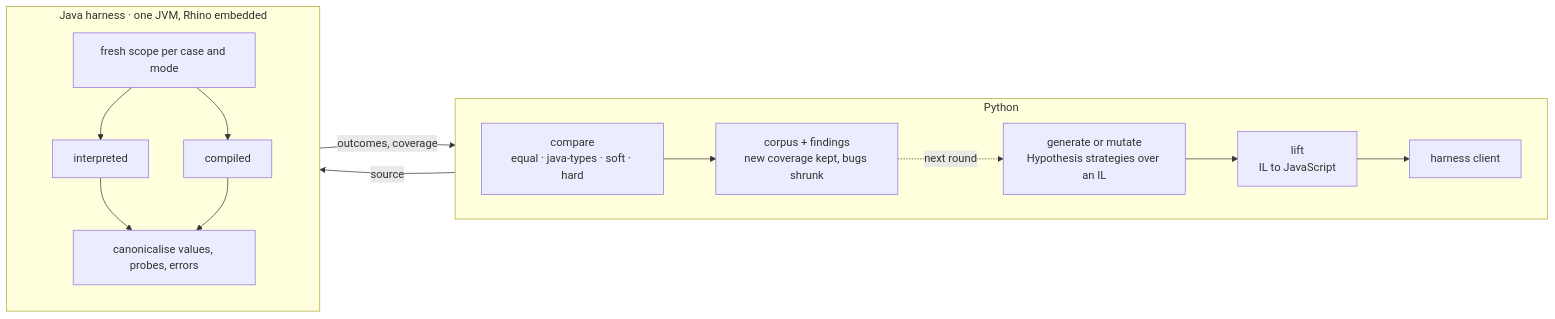
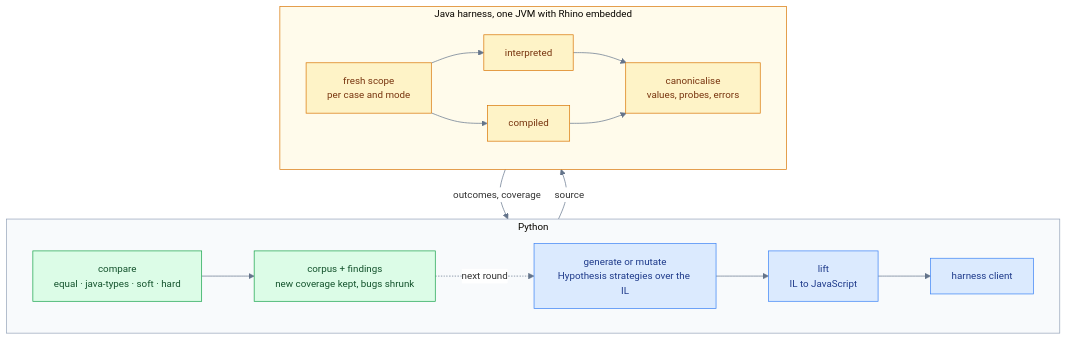
The diagram in README.md (gregcaban/oxpecker), drawn with Mermaid before and after one commit.

Commit message:
README diagram: Python and the Java harness stacked, coloured by stage

````diff
--- a/README.md
+++ b/README.md
@@ -10,19 +10,25 @@
 ```mermaid
-flowchart LR
+%%{init: {"theme": "base", "themeVariables": {"fontFamily": "ui-sans-serif, system-ui, sans-serif", "fontSize": "14px", "lineColor": "#64748b", "edgeLabelBackground": "#ffffff", "clusterBkg": "#f8fafc", "clusterBorder": "#94a3b8"}}}%%
+flowchart TB
     subgraph py["Python"]
         direction LR
-        G["generate or mutate<br/>Hypothesis strategies over an IL"] --> L["lift<br/>IL to JavaScript"]
-        L --> C["harness client"]
+        G["generate or mutate<br/>Hypothesis strategies over the IL"] --> L["lift<br/>IL to JavaScript"] --> C["harness client"]
         V["compare<br/>equal · java-types · soft · hard"] --> K["corpus + findings<br/>new coverage kept, bugs shrunk"]
-        K -. "next round" .-> G
+        K -. next round .-> G
     end
-    subgraph jvm["Java harness · one JVM, Rhino embedded"]
-        direction TB
-        H["fresh scope per case and mode"] --> I["interpreted"]
-        H --> O["compiled"]
-        I --> N["canonicalise values, probes, errors"]
-        O --> N
+    subgraph jvm["Java harness, one JVM with Rhino embedded"]
+        direction LR
+        H["fresh scope<br/>per case and mode"] --> I["interpreted"] --> N["canonicalise<br/>values, probes, errors"]
+        H --> O["compiled"] --> N
     end
     C -- "source" --> H
     N -- "outcomes, coverage" --> V
+    classDef gen fill:#dbeafe,stroke:#3b82f6,color:#1e3a8a
+    classDef rhino fill:#fef3c7,stroke:#d97706,color:#78350f
+    classDef out fill:#dcfce7,stroke:#16a34a,color:#14532d
+    class G,L,C gen
+    class H,I,O,N rhino
+    class V,K out
+    style py fill:#f8fafc,stroke:#94a3b8,stroke-width:1px
+    style jvm fill:#fffbeb,stroke:#d97706,stroke-width:1px
 ```
````
